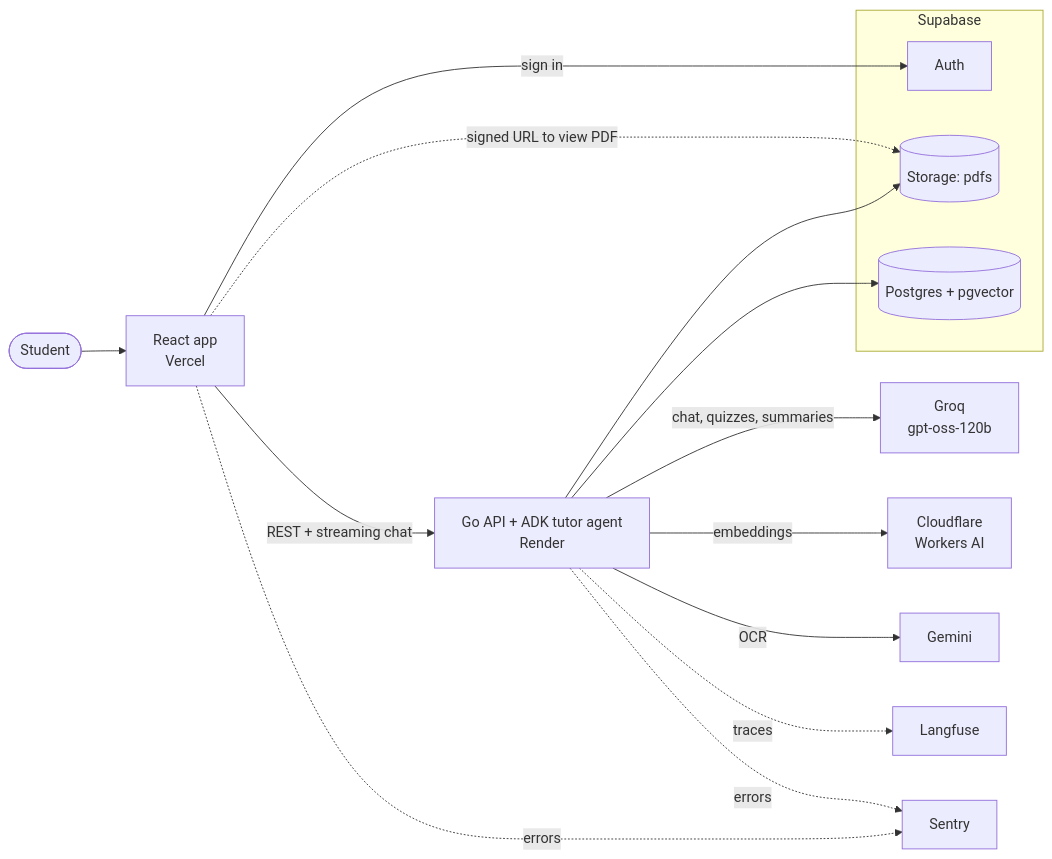
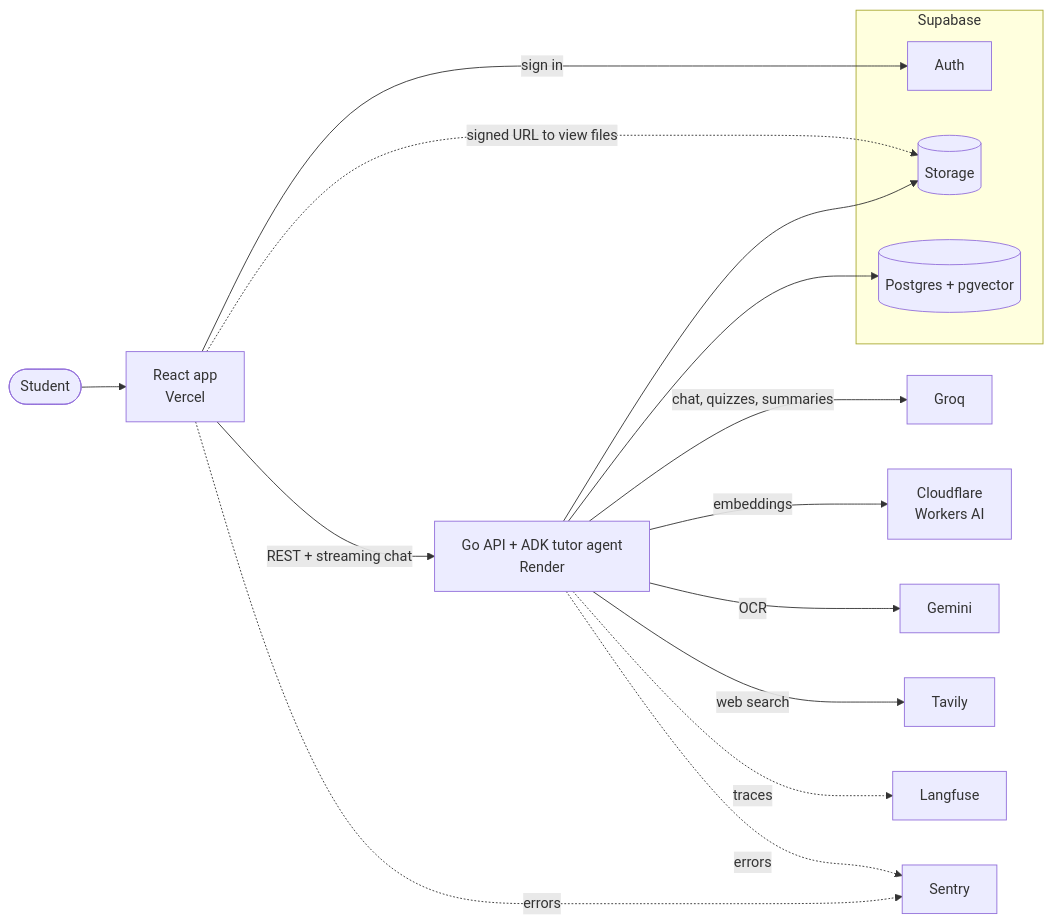
One commit to sumit-0804/PagePilot changed the diagram in README.md. Above: the diagram before and after it, drawn with Mermaid. The commit also changed other lines of this file, not shown here.

````diff
--- a/README.md
+++ b/README.md
@@ -11,22 +30,23 @@
 ```mermaid
 flowchart LR
     user(["Student"]) --> app["React app<br/>Vercel"]
     app -->|"sign in"| auth
     app -->|"REST + streaming chat"| api["Go API + ADK tutor agent<br/>Render"]
-    app -.->|"signed URL to view PDF"| storage
+    app -.->|"signed URL to view files"| storage
 
     subgraph supabase["Supabase"]
         auth["Auth"]
         db[("Postgres + pgvector")]
-        storage[("Storage: pdfs")]
+        storage[("Storage")]
     end
 
     api --> db
     api --> storage
-    api -->|"chat, quizzes, summaries"| groq["Groq<br/>gpt-oss-120b"]
+    api -->|"chat, quizzes, summaries"| groq["Groq"]
     api -->|"embeddings"| cloudflare["Cloudflare<br/>Workers AI"]
     api -->|"OCR"| gemini["Gemini"]
+    api -->|"web search"| tavily["Tavily"]
     api -.->|"traces"| langfuse["Langfuse"]
     api -.->|"errors"| sentry["Sentry"]
     app -.->|"errors"| sentry
 ```
````
